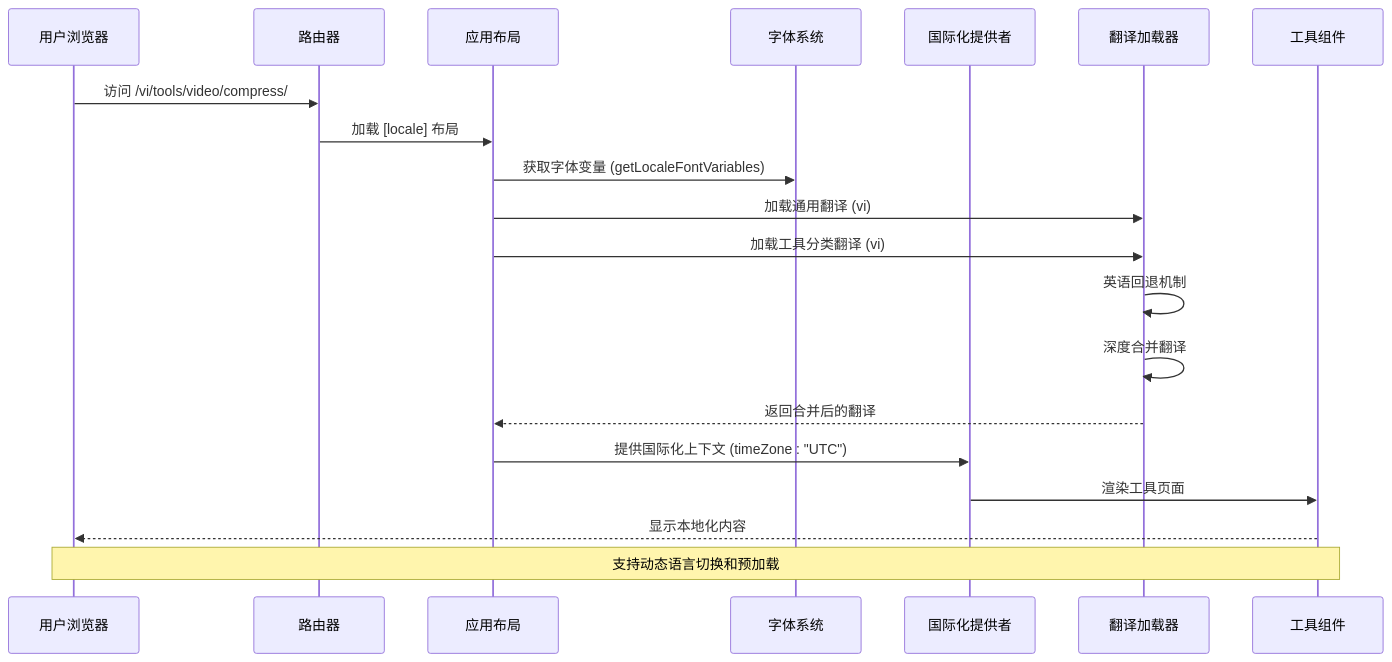
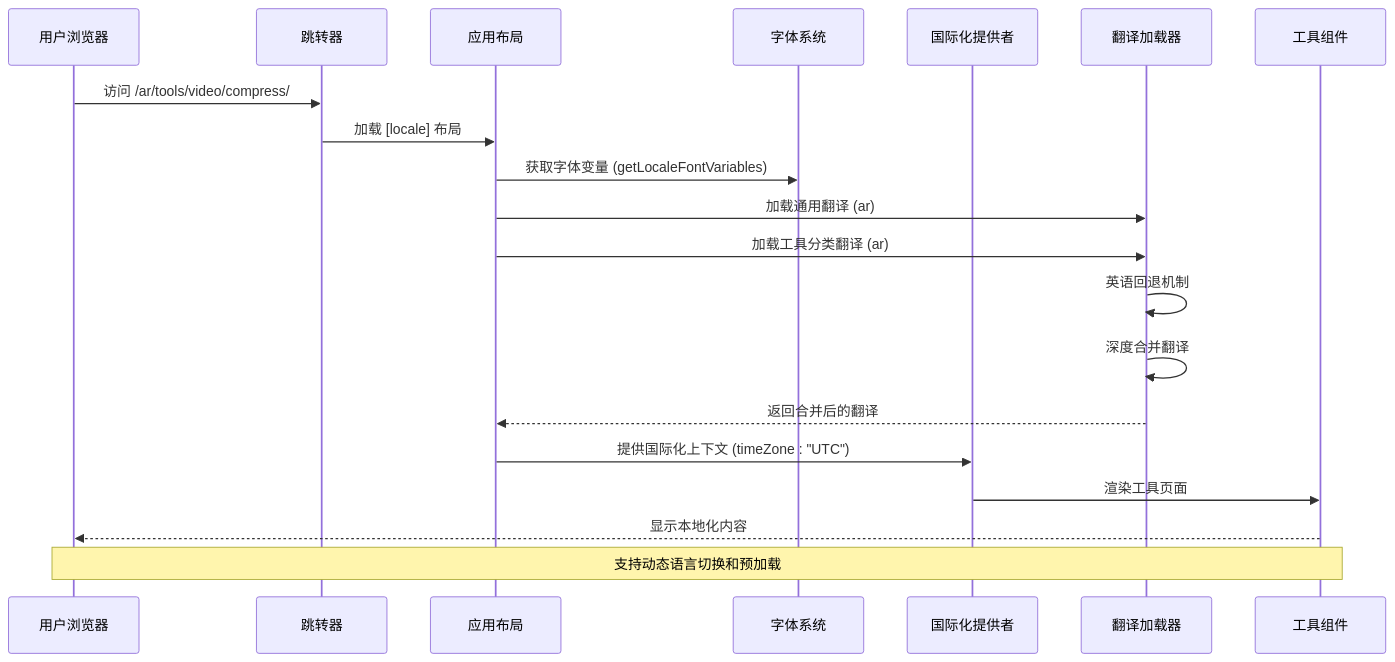
One commit to sgyy/privadeck changed the seventh of 13 diagrams in .qoder/repowiki/zh/content/技术架构/国际化系统.md. Above: the diagram before and after it, drawn with Mermaid. The commit also changed other lines of this file and 2 other files, not shown here.

````diff
--- a/.qoder/repowiki/zh/content/技术架构/国际化系统.md
+++ b/.qoder/repowiki/zh/content/技术架构/国际化系统.md
@@ -410,22 +420,22 @@
 ```mermaid
 sequenceDiagram
 participant User as 用户浏览器
-participant Router as 路由器
+participant Router as 跳转器
 participant Layout as 应用布局
 participant Fonts as 字体系统
 participant Provider as 国际化提供者
 participant Messages as 翻译加载器
 participant Tools as 工具组件
-User->>Router : 访问 /vi/tools/video/compress/
+User->>Router : 访问 /ar/tools/video/compress/
 Router->>Layout : 加载 [locale] 布局
 Layout->>Fonts : 获取字体变量 (getLocaleFontVariables)
-Layout->>Messages : 加载通用翻译 (vi)
-Layout->>Messages : 加载工具分类翻译 (vi)
+Layout->>Messages : 加载通用翻译 (ar)
+Layout->>Messages : 加载工具分类翻译 (ar)
 Messages->>Messages : 英语回退机制
 Messages->>Messages : 深度合并翻译
 Messages-->>Layout : 返回合并后的翻译
 Layout->>Provider : 提供国际化上下文 (timeZone : "UTC")
 Provider->>Tools : 渲染工具页面
 Tools-->>User : 显示本地化内容
 Note over User,Tools : 支持动态语言切换和预加载
 ```
````
